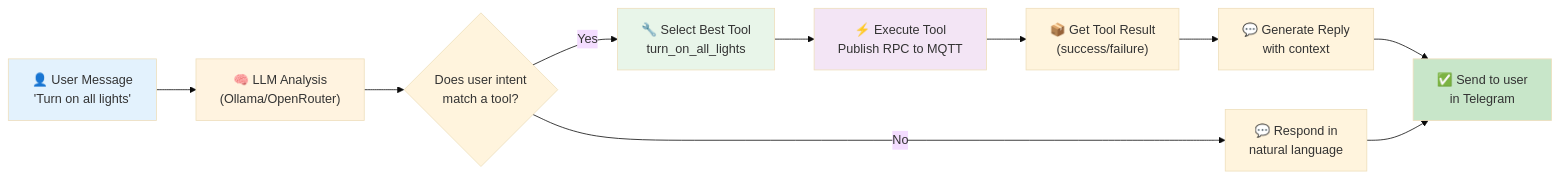
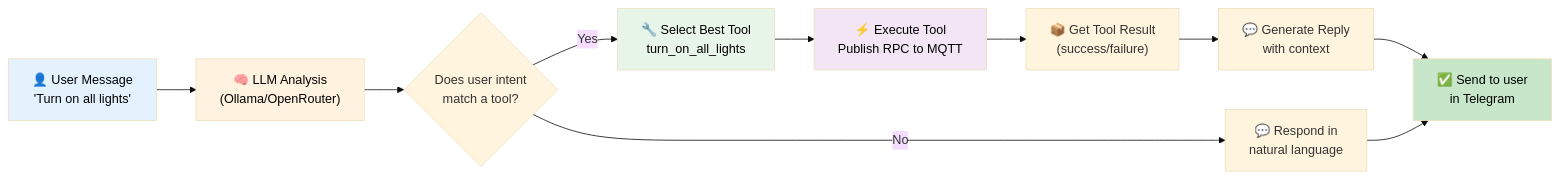
One commit to TienHwng/MP-AI-252 changed the second of 2 diagrams in README.md. Above: the diagram before and after it, drawn with Mermaid (base theme). The commit also changed other lines of this file, not shown here.

````diff
--- a/README.md
+++ b/README.md
@@ -519,18 +519,18 @@
 ```mermaid
 flowchart LR
   A["👤 User Message<br/>'Turn on all lights'"] --> B["🧠 LLM Analysis<br/>(Ollama/OpenRouter)"]
   B --> C{"Does user intent<br/>match a tool?"}
   C -->|Yes| D["🔧 Select Best Tool<br/>turn_on_all_lights"]
   C -->|No| E["💬 Respond in<br/>natural language"]
   D --> F["⚡ Execute Tool<br/>Publish RPC to MQTT"]
   F --> G["📦 Get Tool Result<br/>(success/failure)"]
   G --> H["💬 Generate Reply<br/>with context"]
   H --> I["✅ Send to user<br/>in Telegram"]
   E --> I
 
-  style A fill:#e3f2fd
-  style B fill:#fff3e0
-  style D fill:#e8f5e9
-  style F fill:#f3e5f5
-  style I fill:#c8e6c9
+  style A fill:#e3f2fd,color:#000
+  style B fill:#fff3e0,color:#000
+  style D fill:#e8f5e9,color:#000
+  style F fill:#f3e5f5,color:#000
+  style I fill:#c8e6c9,color:#000
 ```
````
